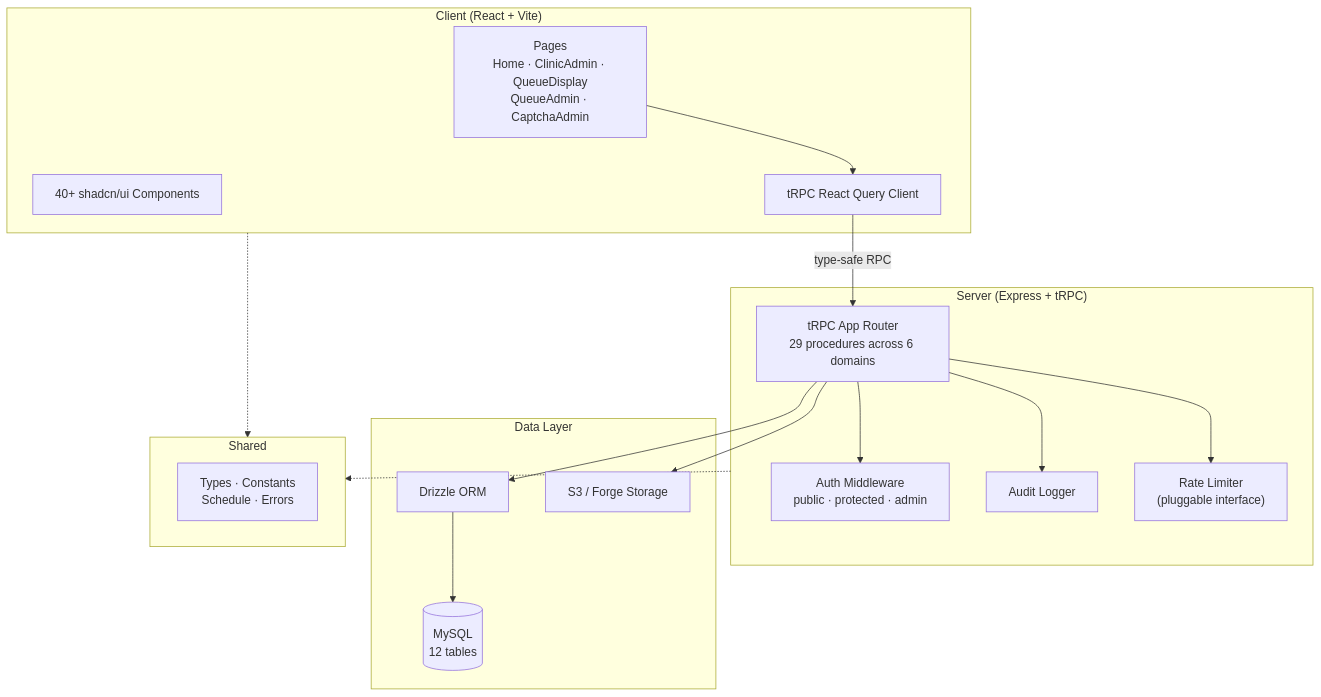
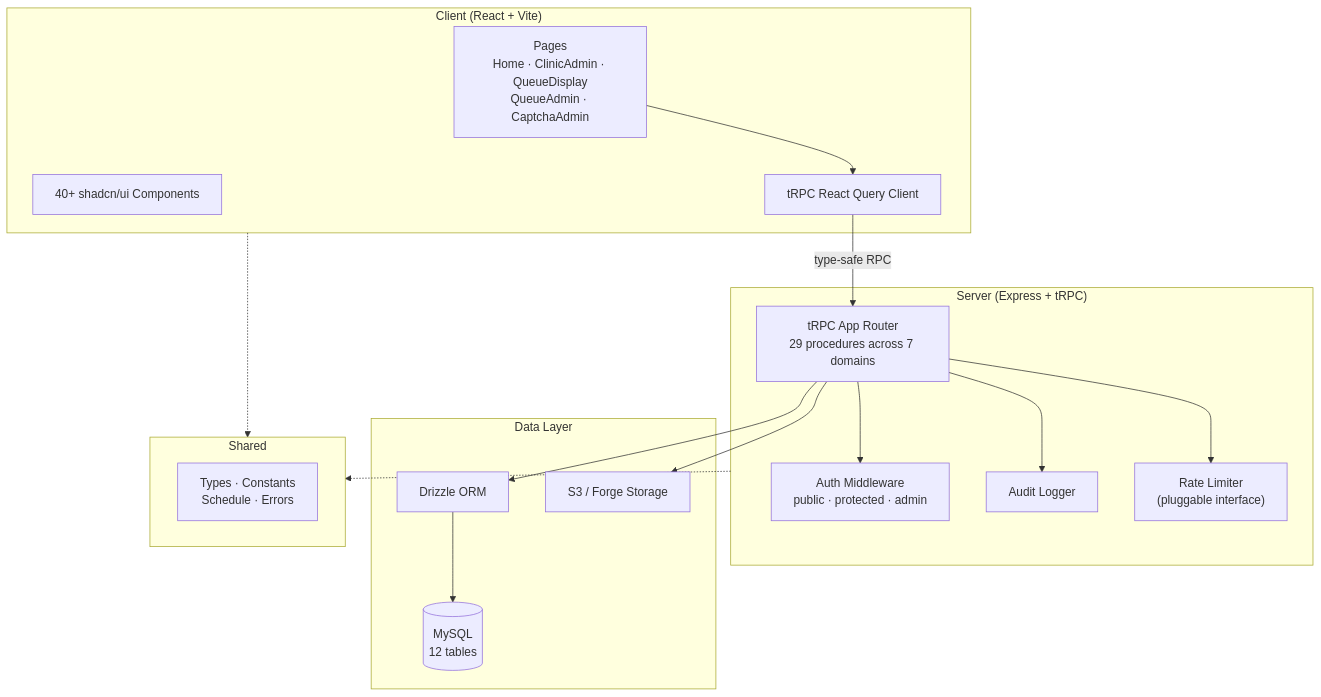
Before and after one commit to nhasibuan/primecare-clinic-reimagined: the first of 2 diagrams in README.md, drawn with Mermaid. The commit also changed other lines of this file, not shown here.

First line of the commit message:
docs: refresh README — verified versions, schema, tests, ops units, SWOT and threat review

````diff
--- a/README.md
+++ b/README.md
@@ -62,36 +63,36 @@
 ```mermaid
 flowchart TD
     subgraph Client["Client (React + Vite)"]
         Pages["Pages<br/>Home · ClinicAdmin · QueueDisplay<br/>QueueAdmin · CaptchaAdmin"]
         Components["40+ shadcn/ui Components"]
         tRPCClient["tRPC React Query Client"]
     end
 
     subgraph Server["Server (Express + tRPC)"]
-        Router["tRPC App Router<br/>29 procedures across 6 domains"]
+        Router["tRPC App Router<br/>29 procedures across 7 domains"]
         Auth["Auth Middleware<br/>public · protected · admin"]
         AuditLog["Audit Logger"]
         RateLimiter["Rate Limiter<br/>(pluggable interface)"]
     end
 
     subgraph Data["Data Layer"]
         Drizzle["Drizzle ORM"]
         MySQL[("MySQL<br/>12 tables")]
         S3["S3 / Forge Storage"]
     end
 
     subgraph Shared["Shared"]
         Types["Types · Constants<br/>Schedule · Errors"]
     end
 
     Pages --> tRPCClient
     tRPCClient -->|"type-safe RPC"| Router
     Router --> Auth
     Router --> AuditLog
     Router --> RateLimiter
     Router --> Drizzle
     Drizzle --> MySQL
     Router --> S3
     Client -.-> Shared
     Server -.-> Shared
 ```
````
